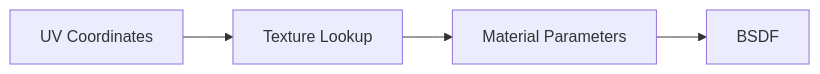
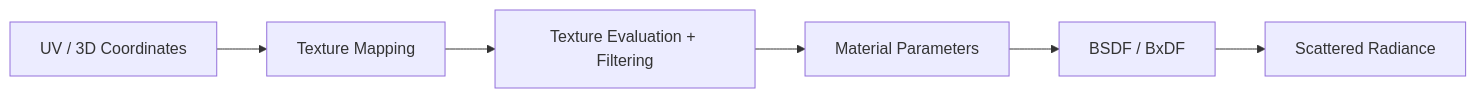
The first of 12 diagrams in chapters/10-textures-and-materials.md (whyyoudodisjojo/pbrt-wgpu), drawn with Mermaid before and after one commit. The commit also changed other lines of this file and 15 other files, not shown here.

````diff
--- a/chapters/10-textures-and-materials.md
+++ b/chapters/10-textures-and-materials.md
@@ -5,6 +39,8 @@
 ```mermaid
 flowchart LR
-    A[UV Coordinates] --> B[Texture Lookup]
-    B --> C[Material Parameters]
-    C --> D[BSDF]
+    A[UV / 3D Coordinates] --> B[Texture Mapping]
+    B --> C[Texture Evaluation + Filtering]
+    C --> D[Material Parameters]
+    D --> E[BSDF / BxDF]
+    E --> F[Scattered Radiance]
 ```
````
